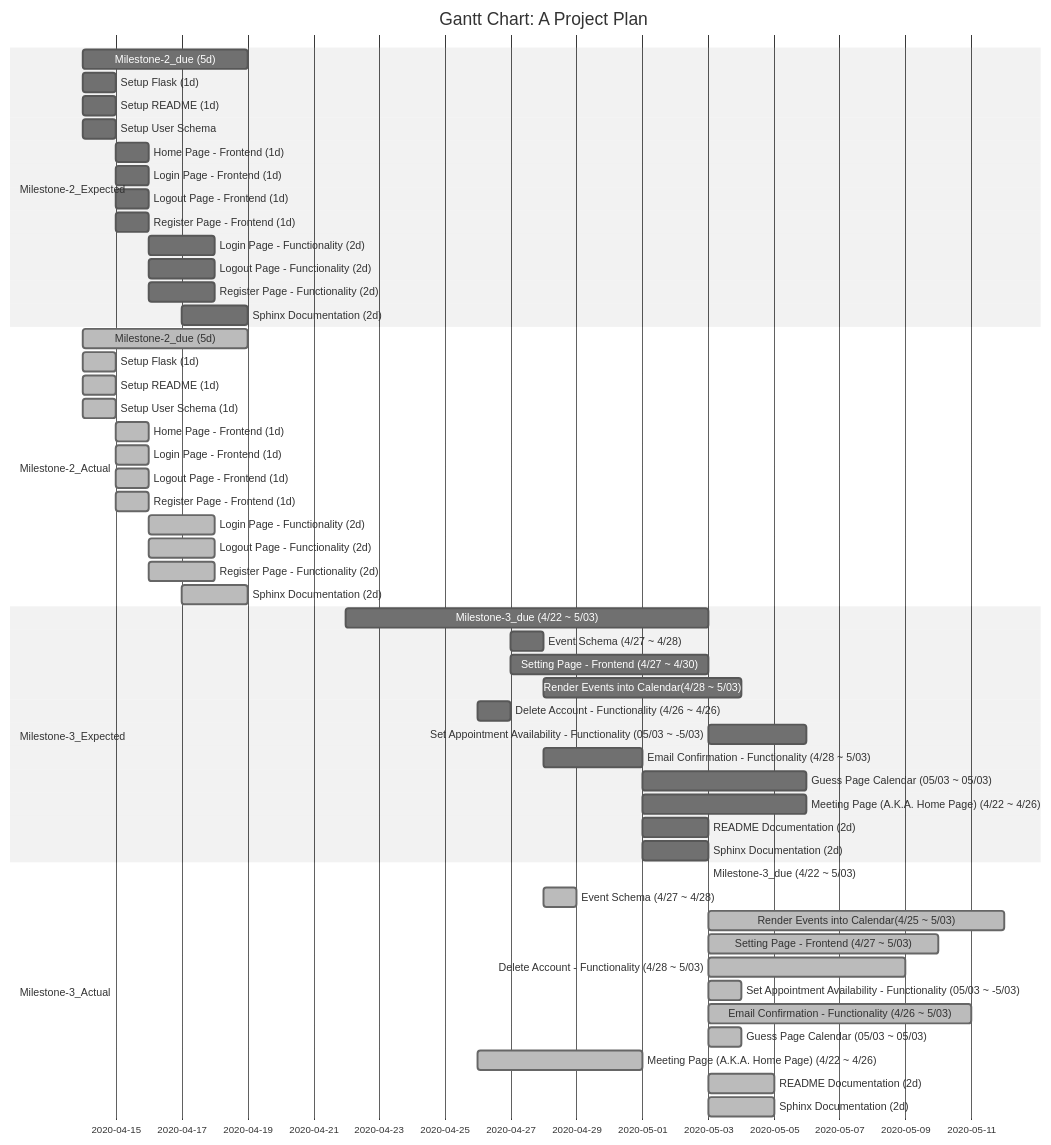
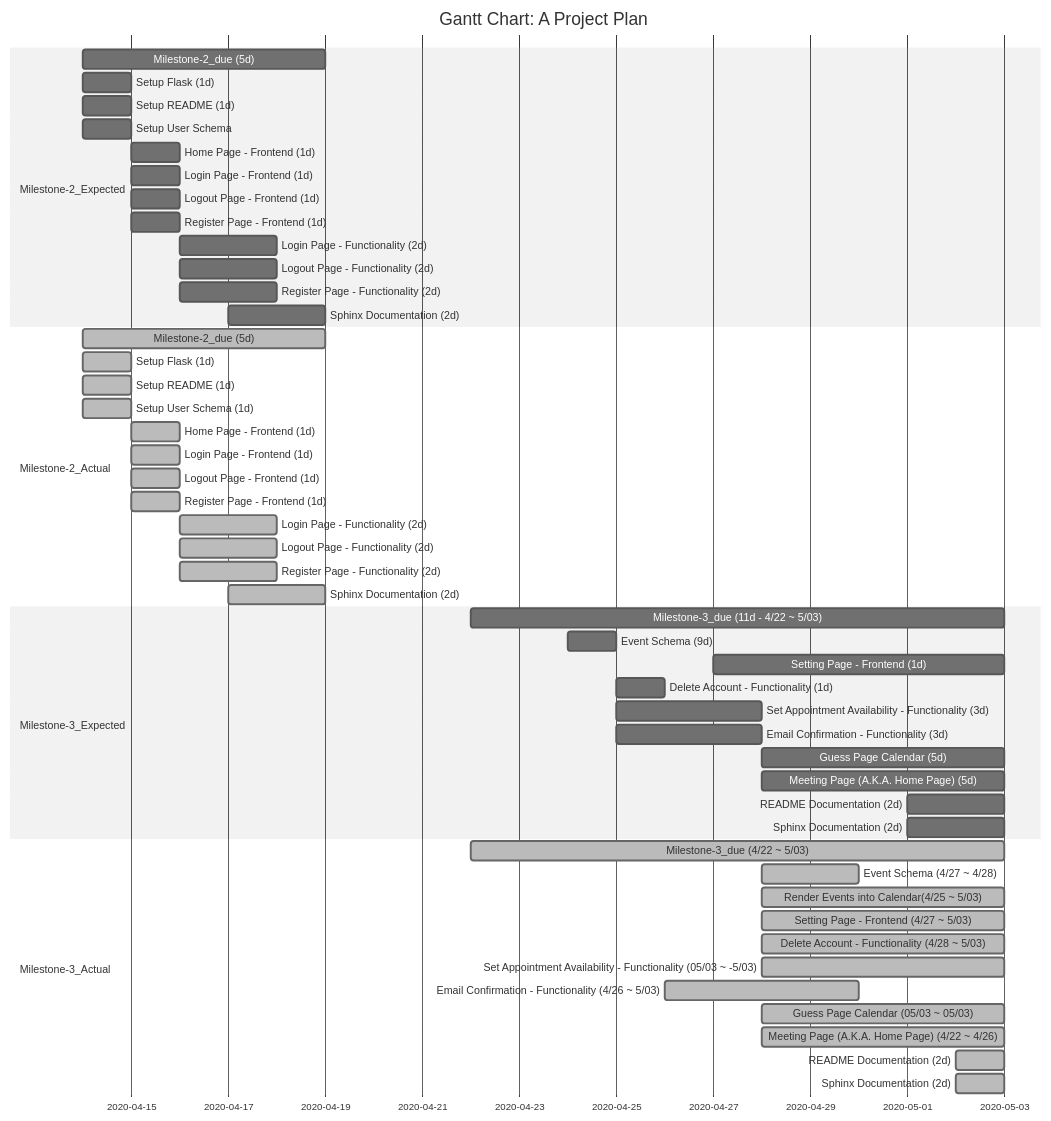
The diagram in docs/gantt-chart/gantt-chart.md (ThaiQ/CalendarApp_STAKr), drawn with Mermaid (neutral theme) before and after one commit.

Commit message:
updated, updated

````diff
--- a/docs/gantt-chart/gantt-chart.md
+++ b/docs/gantt-chart/gantt-chart.md
@@ -1,78 +1,77 @@
 ```mermaid
 gantt
     title Gantt Chart: A Project Plan
 
     dateFormat  YYYY-MM-DD
 
     section Milestone-2_Expected
     Milestone-2_due (5d)                : m1, 2020-04-14, 5d
     Setup Flask (1d)                    : setup, 2020-04-14, 1d
     Setup README (1d)                   : 2020-04-14, 1d
 
     Setup User Schema : 2020-04-14, 1d
     Home Page - Frontend (1d)           : home, after setup, 1d
     Login Page - Frontend (1d)          : log, after setup, 1d
     Logout Page - Frontend (1d)         : log, after setup, 1d
     Register Page - Frontend (1d)       : register, after setup, 1d
 
     Login Page - Functionality (2d)     : after log, 2d
     Logout Page - Functionality (2d)    : after log, 2d
     Register Page - Functionality (2d)  : after register, 2d
 
     Sphinx Documentation (2d)           : 2020-04-17, 2d
 
 
 
     section Milestone-2_Actual
     Milestone-2_due (5d)                : done, 2020-04-14, 5d
     Setup Flask (1d)                    : done, setup, 2020-04-14, 1d
     Setup README (1d)                   : done, 2020-04-14, 1d
 
     Setup User Schema (1d)              : done, 2020-04-14, 1d
     Home Page - Frontend (1d)           : done, home, after setup, 1d
     Login Page - Frontend (1d)          : done, log, after setup, 1d
     Logout Page - Frontend (1d)         : done, log, after setup, 1d
     Register Page - Frontend (1d)       : done, register, after setup, 1d
 
     Login Page - Functionality (2d)     : done, after log, 2d
     Logout Page - Functionality (2d)    : done, after log, 2d
     Register Page - Functionality (2d)  : done, after register, 2d
 
     Sphinx Documentation (2d)           : done, 2020-04-17, 2d
 
 
 
     section Milestone-3_Expected
-    Milestone-3_due (4/22 ~ 5/03)                                      : stage1, 2020-04-22, 11d
-    Event Schema (4/27 ~ 4/28)                                         : stage1, 2020-04-27, 1d
-    Setting Page - Frontend (4/27 ~ 4/30)                              : stage1, 2020-04-27, 6d
-    Render Events into Calendar(4/28 ~ 5/03)                           : stage1, 2020-04-28, 6d
+    Milestone-3_due (11d - 4/22 ~ 5/03)                     : 2020-04-22, 11d
+    Event Schema (9d)                                       : stage1, 2020-04-24, 1d
+    Setting Page - Frontend (1d)                            : 2020-04-27, 6d
 
-    Delete Account - Functionality (4/26 ~ 4/26)                       : stage2, 2020-04-26, 1d
-    Set Appointment Availability - Functionality (05/03 ~ -5/03)       : stage2, 2020-05-03, 3d
-    Email Confirmation - Functionality (4/28 ~ 5/03)                   : stage2, 2020-04-28, 3d
+    Delete Account - Functionality (1d)                     : after stage1, 1d
+    Set Appointment Availability - Functionality (3d)       : stage2, after stage1, 3d
+    Email Confirmation - Functionality (3d)                 : after stage1, 3d
 
-    Guess Page Calendar (05/03 ~ 05/03)                                : after stage2, 5d
-    Meeting Page (A.K.A. Home Page) (4/22 ~ 4/26)                      : after stage2, 5d
+    Guess Page Calendar (5d)                                : after stage2, 5d
+    Meeting Page (A.K.A. Home Page) (5d)                    : after stage2, 5d
 
-    README Documentation (2d)                                          : 2020-05-01, 2d
-    Sphinx Documentation (2d)                                          : 2020-05-01, 2d
+    README Documentation (2d)                               : 2020-05-01, 2d
+    Sphinx Documentation (2d)                               : 2020-05-01, 2d
 
 
 
     section Milestone-3_Actual
-    Milestone-3_due (4/22 ~ 5/03)                                       : done, 2020-05-03
-    Event Schema (4/27 ~ 4/28)                                          : done, 2020-04-28, 1d
-    Render Events into Calendar(4/25 ~ 5/03)                            : done, 2020-05-03, 9d
-    Setting Page - Frontend (4/27 ~ 5/03)                               : done, 2020-05-03, 7d
+    Milestone-3_due (4/22 ~ 5/03)                                       : done, 2020-04-22, 11d
+    Event Schema (4/27 ~ 4/28)                                          : done, 2020-04-28, 2d
+    Render Events into Calendar(4/25 ~ 5/03)                            : done, 2020-04-28, 5d
+    Setting Page - Frontend (4/27 ~ 5/03)                               : done, 2020-04-28, 5d
 
-    Delete Account - Functionality (4/28 ~ 5/03)                        : done, 2020-05-03, 6d
-    Set Appointment Availability - Functionality (05/03 ~ -5/03)        : done, 2020-05-03, 1d
-    Email Confirmation - Functionality (4/26 ~ 5/03)                    : done, 2020-05-03, 8d
+    Delete Account - Functionality (4/28 ~ 5/03)                        : done, 2020-04-28, 5d
+    Set Appointment Availability - Functionality (05/03 ~ -5/03)        : done, 2020-04-28, 5d
+    Email Confirmation - Functionality (4/26 ~ 5/03)                    : done, 2020-04-26, 4d
 
-    Guess Page Calendar (05/03 ~ 05/03)                                 : done, 2020-05-03, 1d
-    Meeting Page (A.K.A. Home Page) (4/22 ~ 4/26)                       : done, 2020-04-26, 5d
+    Guess Page Calendar (05/03 ~ 05/03)                                 : done, 2020-04-28, 5d
+    Meeting Page (A.K.A. Home Page) (4/22 ~ 4/26)                       : done, 2020-04-28, 5d
 
-    README Documentation (2d)                                           : done, 2020-05-03, 2d
-    Sphinx Documentation (2d)                                           : done, 2020-05-03, 2d
+    README Documentation (2d)                                           : done, 2020-05-02, 1d
+    Sphinx Documentation (2d)                                           : done, 2020-05-02, 1d
 ```
````
